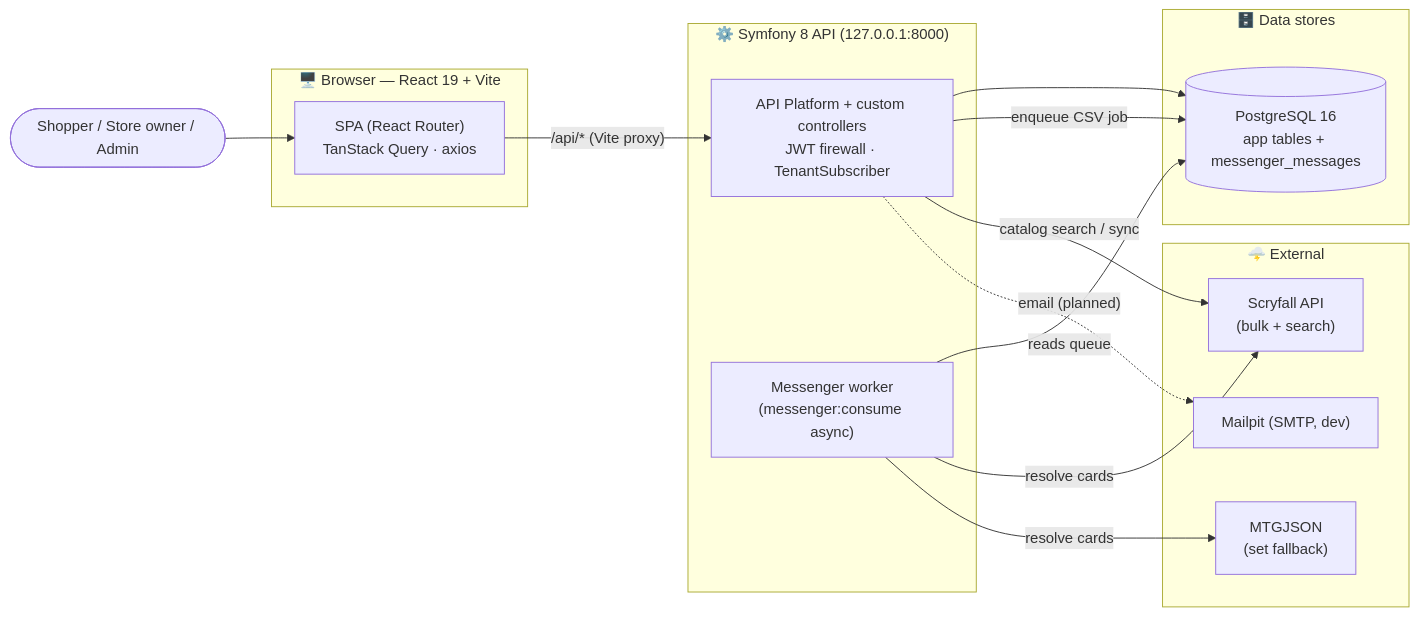
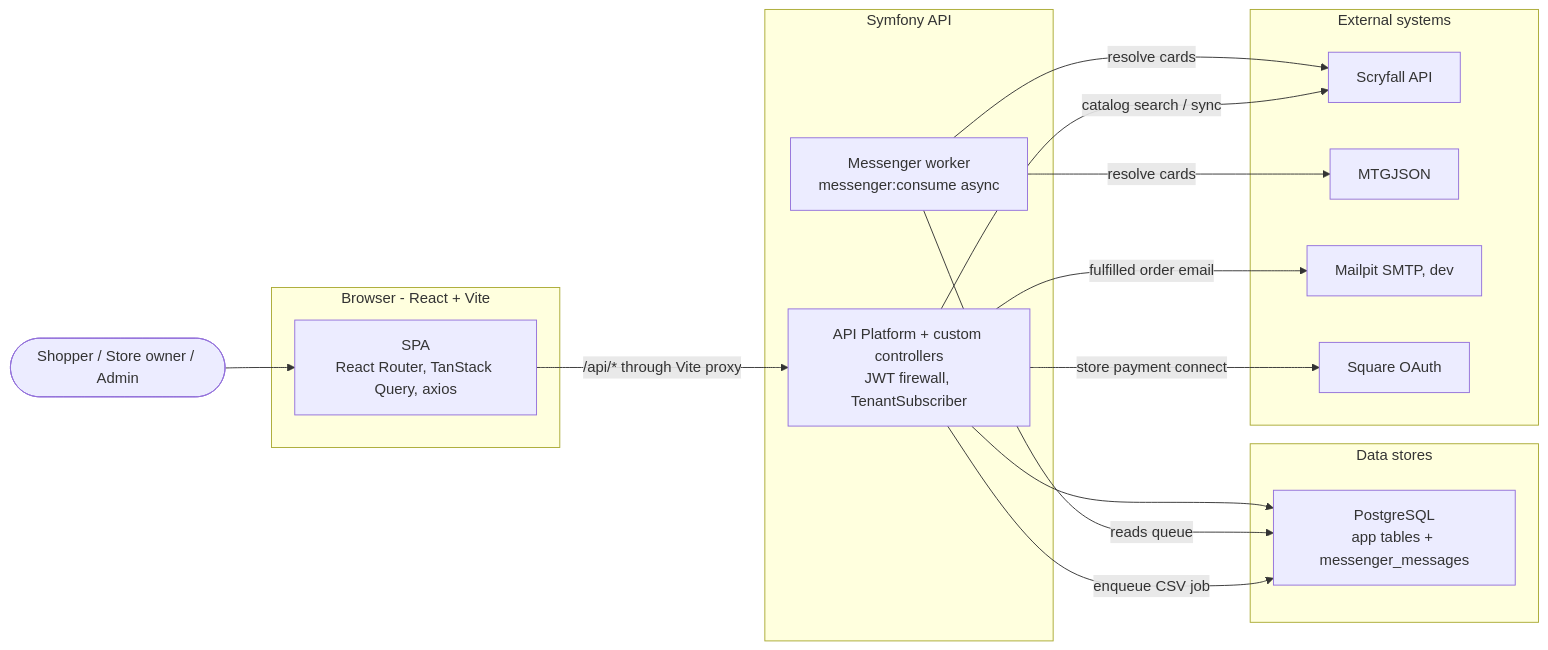
The diagram in architecture/README.md (tedy97123/store), drawn with Mermaid before and after one commit. The commit also changed other lines of this file and 43 other files, not shown here.

````diff
--- a/architecture/README.md
+++ b/architecture/README.md
@@ -36,33 +37,35 @@
 ```mermaid
 flowchart LR
     user([Shopper / Store owner / Admin])
 
-    subgraph browser["🖥️ Browser — React 19 + Vite"]
-        spa["SPA (React Router)<br/>TanStack Query · axios"]
+    subgraph browser["Browser - React + Vite"]
+        spa["SPA<br/>React Router, TanStack Query, axios"]
     end
 
-    subgraph backend["⚙️ Symfony 8 API (127.0.0.1:8000)"]
-        api["API Platform + custom controllers<br/>JWT firewall · TenantSubscriber"]
-        worker["Messenger worker<br/>(messenger:consume async)"]
+    subgraph backend["Symfony API"]
+        api["API Platform + custom controllers<br/>JWT firewall, TenantSubscriber"]
+        worker["Messenger worker<br/>messenger:consume async"]
     end
 
-    subgraph data["🗄️ Data stores"]
-        pg[("PostgreSQL 16<br/>app tables + messenger_messages")]
+    subgraph data["Data stores"]
+        pg["PostgreSQL<br/>app tables + messenger_messages"]
     end
 
-    subgraph ext["🌩️ External"]
-        scry["Scryfall API<br/>(bulk + search)"]
-        mtg["MTGJSON<br/>(set fallback)"]
-        mail["Mailpit (SMTP, dev)"]
+    subgraph ext["External systems"]
+        scry["Scryfall API"]
+        mtg["MTGJSON"]
+        mail["Mailpit SMTP, dev"]
+        square["Square OAuth"]
     end
 
     user --> spa
-    spa -- "/api/* (Vite proxy)" --> api
+    spa -- "/api/* through Vite proxy" --> api
     api --> pg
     worker -- "reads queue" --> pg
     api -- "enqueue CSV job" --> pg
     worker -- "resolve cards" --> scry
     worker -- "resolve cards" --> mtg
     api -- "catalog search / sync" --> scry
-    api -. "email (planned)" .-> mail
+    api -- "fulfilled order email" --> mail
+    api -- "store payment connect" --> square
 ```
````
